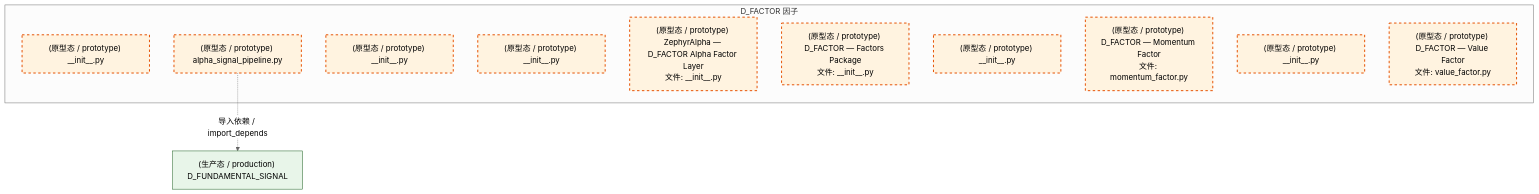
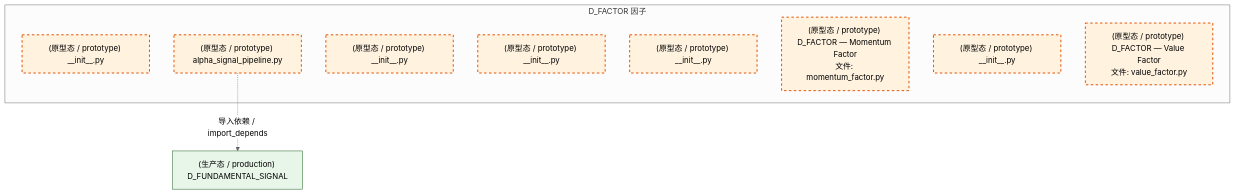
One commit to xuanFelixVan/ZephyrAlpha changed the third of 4 diagrams in docs/02_enterprise_architecture/02_domain_architecture_docs/36_d_factor.md. Above: the diagram before and after it, drawn with Mermaid (neutral theme). The commit also changed other lines of this file and 126 other files, not shown here.

````diff
--- a/docs/02_enterprise_architecture/02_domain_architecture_docs/36_d_factor.md
+++ b/docs/02_enterprise_architecture/02_domain_architecture_docs/36_d_factor.md
@@ -149,23 +148,21 @@
 ```mermaid
 graph TD
     subgraph D_FACTOR["D_FACTOR 因子"]
         src_zephyr_factor_extensions_init_py["(原型态 / prototype) __init__.py"]
         src_zephyr_factor_alpha_signal_pipeline_py["(原型态 / prototype) alpha_signal_pipeline.py"]
         src_zephyr_factor_api_init_py["(原型态 / prototype) __init__.py"]
         src_zephyr_factor_core_init_py["(原型态 / prototype) __init__.py"]
-        src_zephyr_factor_ctr_001_consumer_init_py["(原型态 / prototype) ZephyrAlpha — D_FACTOR Alpha Factor Layer<br/>文件: __init__.py"]
-        src_zephyr_factor_engine_init_py["(原型态 / prototype) D_FACTOR — Factors Package<br/>文件: __init__.py"]
         src_zephyr_factor_infrastructure_init_py["(原型态 / prototype) __init__.py"]
         src_zephyr_factor_momentum_factor_py["(原型态 / prototype) D_FACTOR — Momentum Factor<br/>文件: momentum_factor.py"]
         src_zephyr_factor_services_init_py["(原型态 / prototype) __init__.py"]
         src_zephyr_factor_value_factor_py["(原型态 / prototype) D_FACTOR — Value Factor<br/>文件: value_factor.py"]
     end
     D_FUNDAMENTAL_SIGNAL["(生产态 / production) D_FUNDAMENTAL_SIGNAL"]
     src_zephyr_factor_alpha_signal_pipeline_py -.->|导入依赖 / import_depends| D_FUNDAMENTAL_SIGNAL
     classDef production fill:#e1f5fe,stroke:#01579b,stroke-width:2px,color:#000
     classDef design fill:#fff3e0,stroke:#e65100,stroke-width:2px,color:#000,stroke-dasharray: 5 5
     classDef external_prod fill:#e8f5e9,stroke:#1b5e20,stroke-width:1px,color:#000
     classDef external_design fill:#fce4ec,stroke:#880e4f,stroke-width:1px,color:#000,stroke-dasharray: 5 5
-    class src_zephyr_factor_extensions_init_py,src_zephyr_factor_alpha_signal_pipeline_py,src_zephyr_factor_api_init_py,src_zephyr_factor_core_init_py,src_zephyr_factor_ctr_001_consumer_init_py,src_zephyr_factor_engine_init_py,src_zephyr_factor_infrastructure_init_py,src_zephyr_factor_momentum_factor_py,src_zephyr_factor_services_init_py,src_zephyr_factor_value_factor_py design
+    class src_zephyr_factor_extensions_init_py,src_zephyr_factor_alpha_signal_pipeline_py,src_zephyr_factor_api_init_py,src_zephyr_factor_core_init_py,src_zephyr_factor_infrastructure_init_py,src_zephyr_factor_momentum_factor_py,src_zephyr_factor_services_init_py,src_zephyr_factor_value_factor_py design
     class D_FUNDAMENTAL_SIGNAL external_prod
 ```
````
